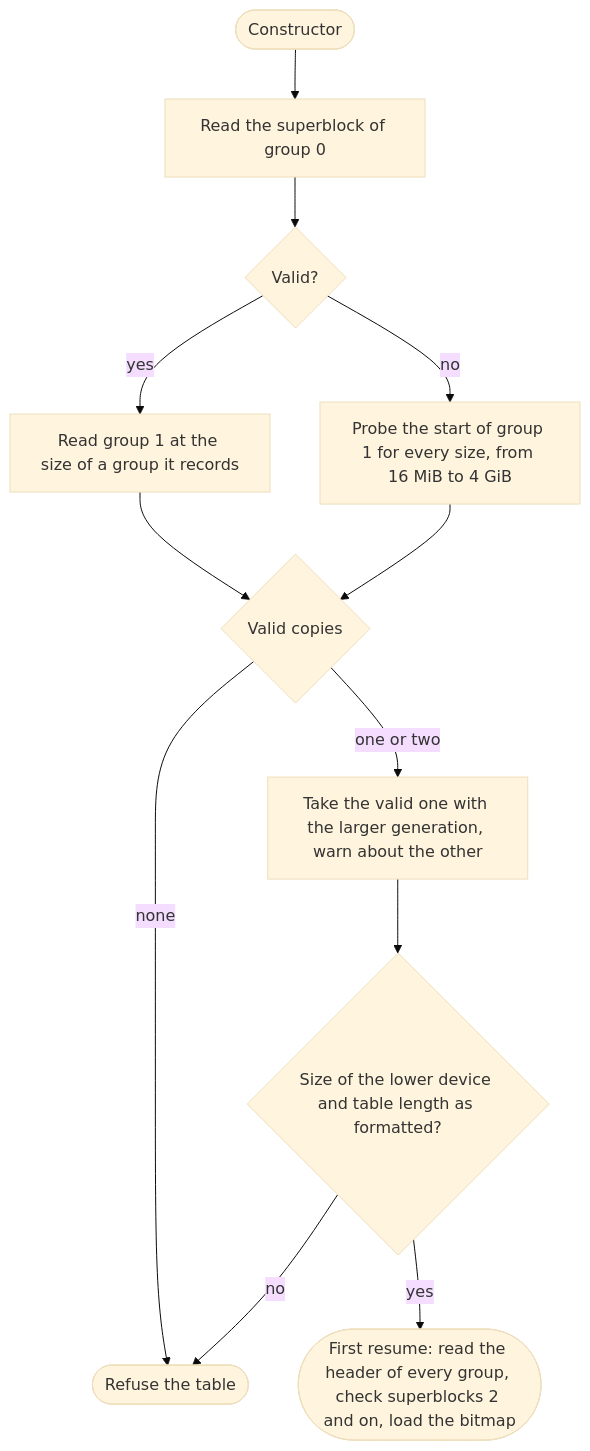
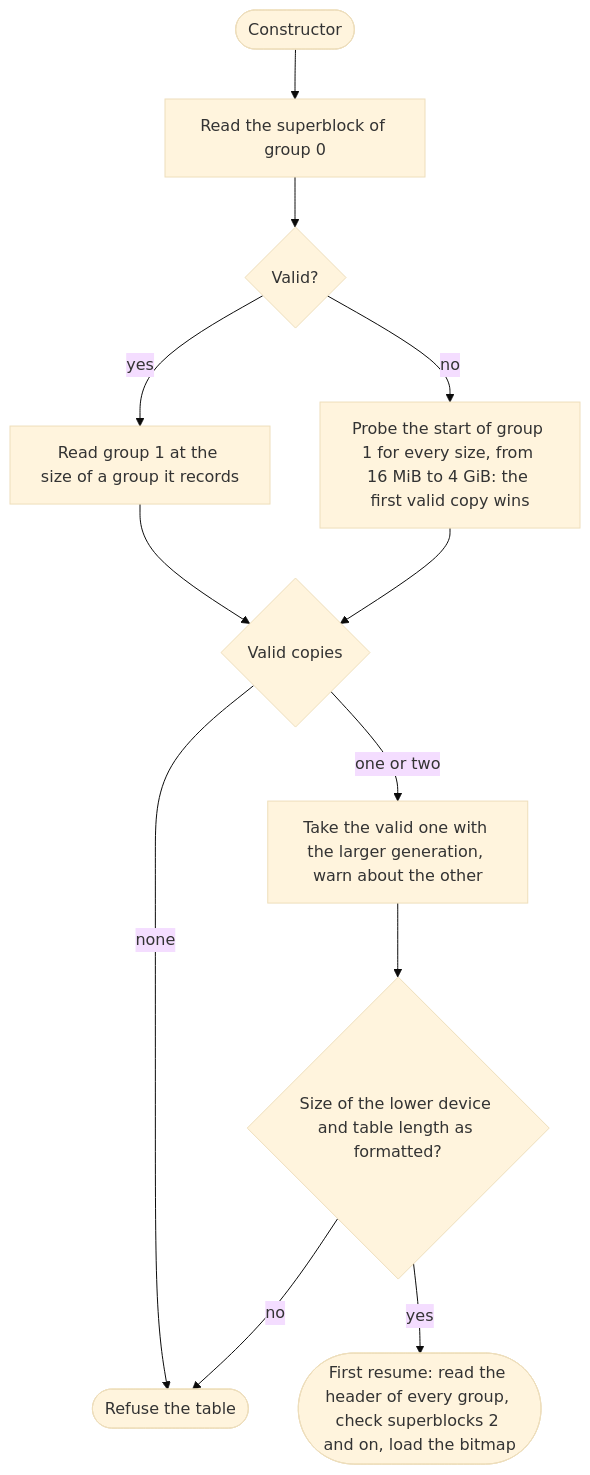
The third of 22 diagrams in docs/en/DIAGRAMS.md (Dx-by-Dy/Automatic-Error-Correction-Driver), drawn with Mermaid (base theme) before and after one commit. The commit also changed other lines of this file and 15 other files, not shown here.

````diff
--- a/docs/en/DIAGRAMS.md
+++ b/docs/en/DIAGRAMS.md
@@ -71,14 +72,14 @@
 ```mermaid
 flowchart TD
     start(["Constructor"]) --> read0["Read the superblock of group 0"]
     read0 --> valid0{"Valid?"}
     valid0 -- yes --> read1["Read group 1 at the size of a group it records"]
-    valid0 -- no --> probe["Probe the start of group 1 for every size, from 16 MiB to 4 GiB"]
+    valid0 -- no --> probe["Probe the start of group 1 for every size, from 16 MiB to 4 GiB: the first valid copy wins"]
     read1 --> pick{"Valid copies"}
     probe --> pick
     pick -- "none" --> refuse(["Refuse the table"])
     pick -- "one or two" --> take["Take the valid one with the larger generation, warn about the other"]
     take --> checks{"Size of the lower device and table length as formatted?"}
     checks -- no --> refuse
     checks -- yes --> resume(["First resume: read the header of every group, check superblocks 2 and on, load the bitmap"])
 ```
````
